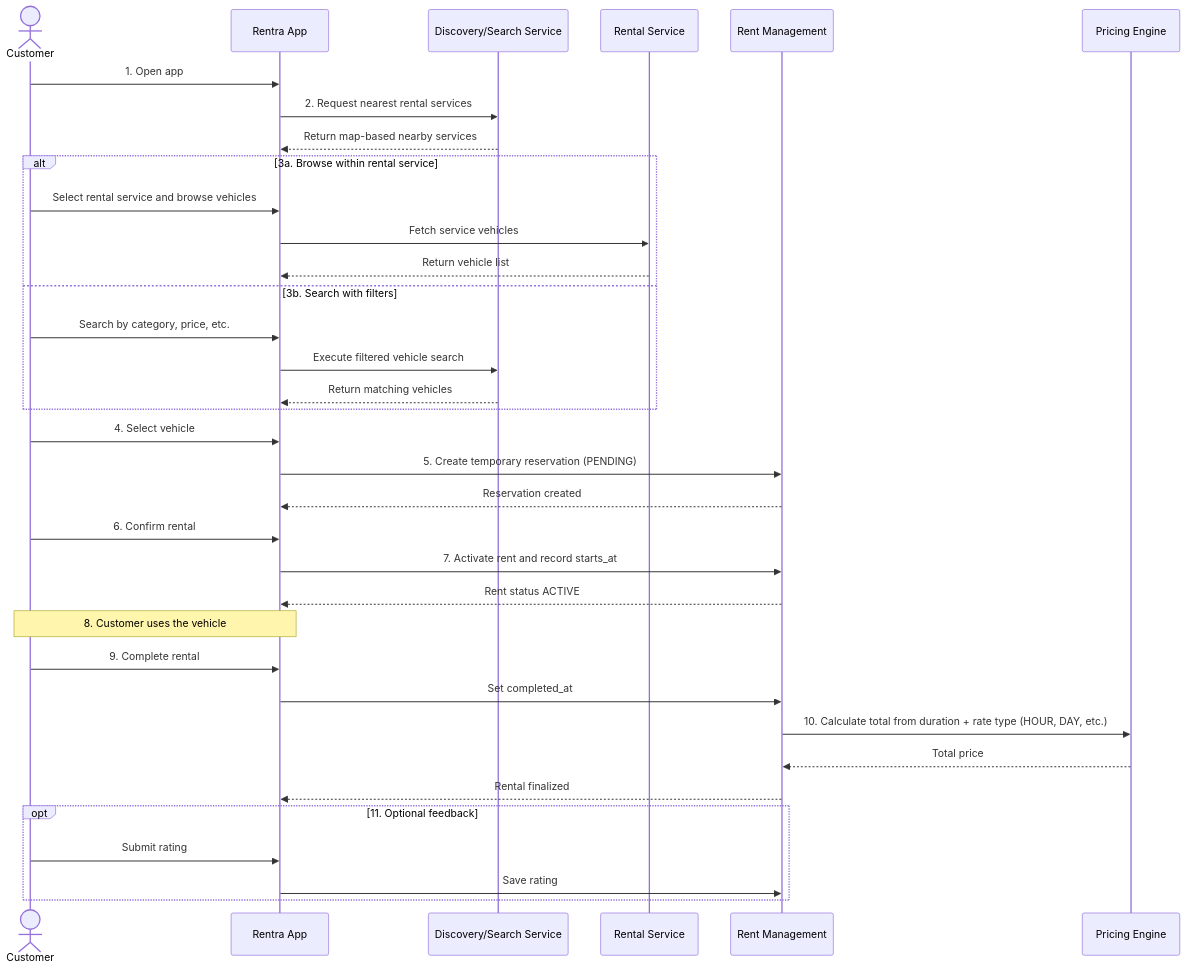
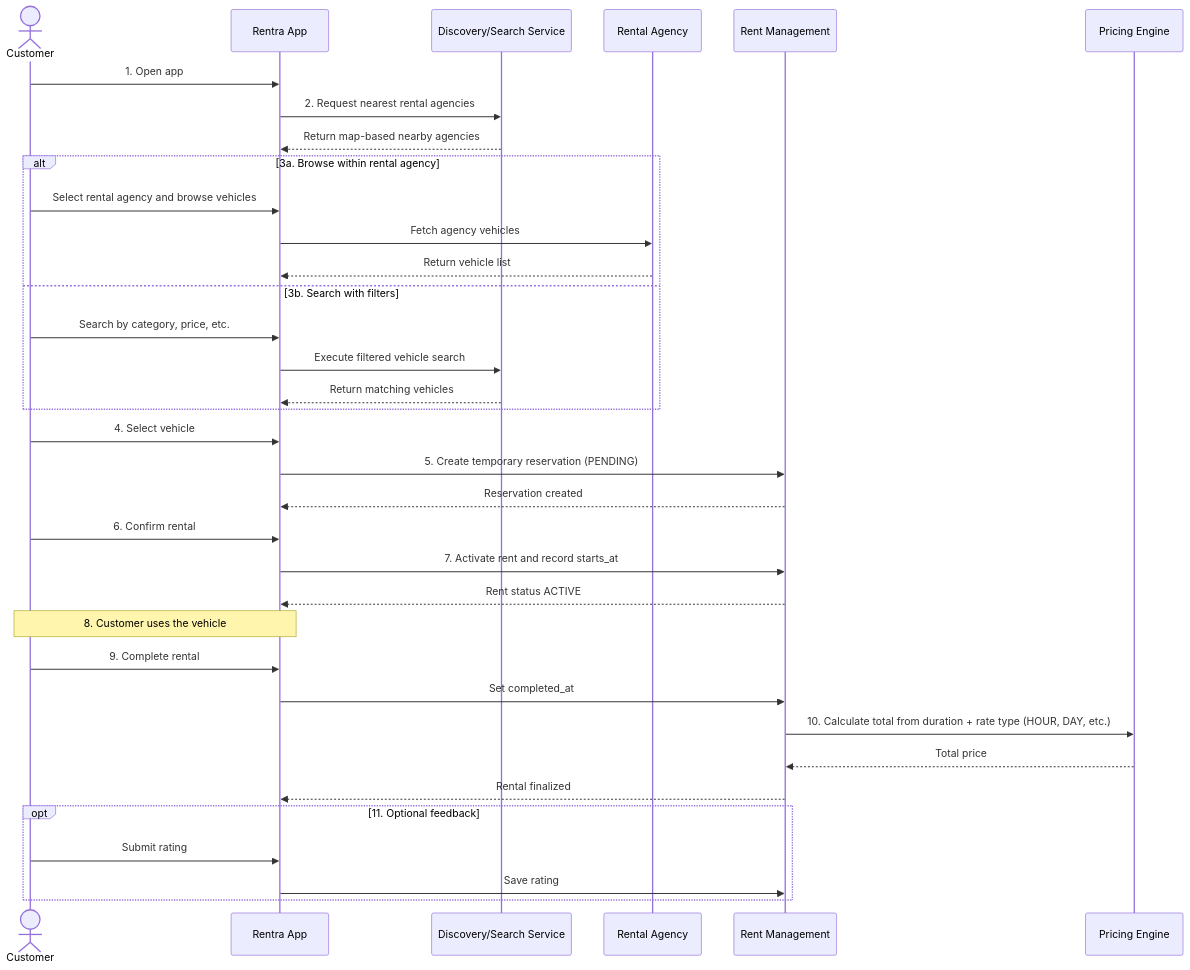
Before and after one commit to AnonimProgrammer/rentra-api: the diagram in docs/rfc/001-basic-rental-flow.md, drawn with Mermaid. The commit also changed other lines of this file and 26 other files, not shown here.

Commit message:
refactor: RentalService renamed to RentalAgency (#18)

````diff
--- a/docs/rfc/001-basic-rental-flow.md
+++ b/docs/rfc/001-basic-rental-flow.md
@@ -13,44 +13,44 @@
 ```mermaid
 sequenceDiagram
     actor Customer
     participant App as Rentra App
     participant Search as Discovery/Search Service
-    participant Rental as Rental Service
+    participant Rental as Rental Agency
     participant Rent as Rent Management
     participant Pricing as Pricing Engine
 
     Customer->>App: 1. Open app
-    App->>Search: 2. Request nearest rental services
-    Search-->>App: Return map-based nearby services
+    App->>Search: 2. Request nearest rental agencies
+    Search-->>App: Return map-based nearby agencies
 
-    alt 3a. Browse within rental service
-        Customer->>App: Select rental service and browse vehicles
-        App->>Rental: Fetch service vehicles
+    alt 3a. Browse within rental agency
+        Customer->>App: Select rental agency and browse vehicles
+        App->>Rental: Fetch agency vehicles
         Rental-->>App: Return vehicle list
     else 3b. Search with filters
         Customer->>App: Search by category, price, etc.
         App->>Search: Execute filtered vehicle search
         Search-->>App: Return matching vehicles
     end
 
     Customer->>App: 4. Select vehicle
     App->>Rent: 5. Create temporary reservation (PENDING)
     Rent-->>App: Reservation created
 
     Customer->>App: 6. Confirm rental
     App->>Rent: 7. Activate rent and record starts_at
     Rent-->>App: Rent status ACTIVE
 
     Note over Customer,App: 8. Customer uses the vehicle
 
     Customer->>App: 9. Complete rental
     App->>Rent: Set completed_at
     Rent->>Pricing: 10. Calculate total from duration + rate type (HOUR, DAY, etc.)
     Pricing-->>Rent: Total price
     Rent-->>App: Rental finalized
 
     opt 11. Optional feedback
         Customer->>App: Submit rating
         App->>Rent: Save rating
     end
 ```
````
